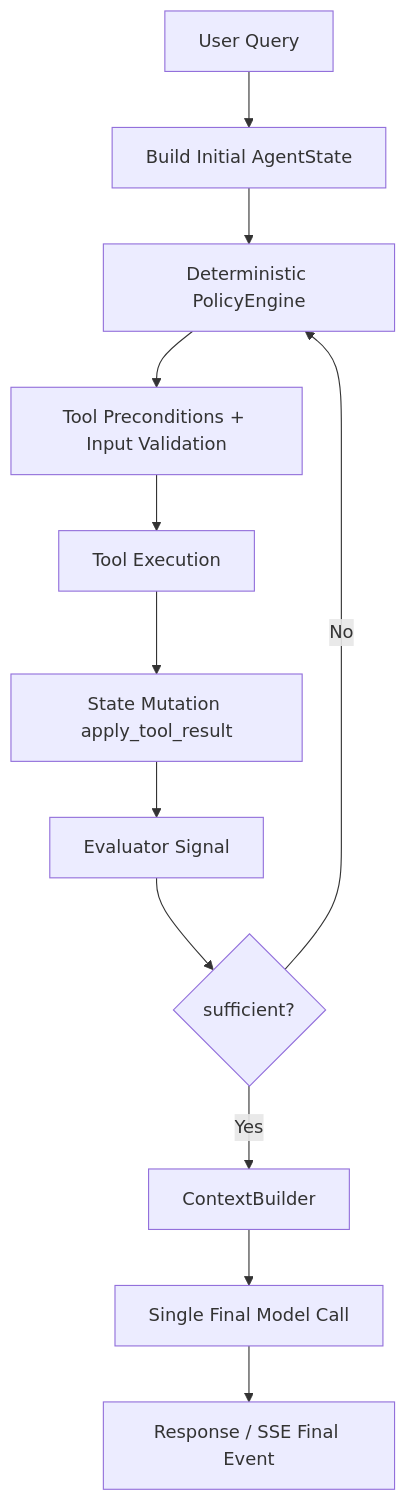
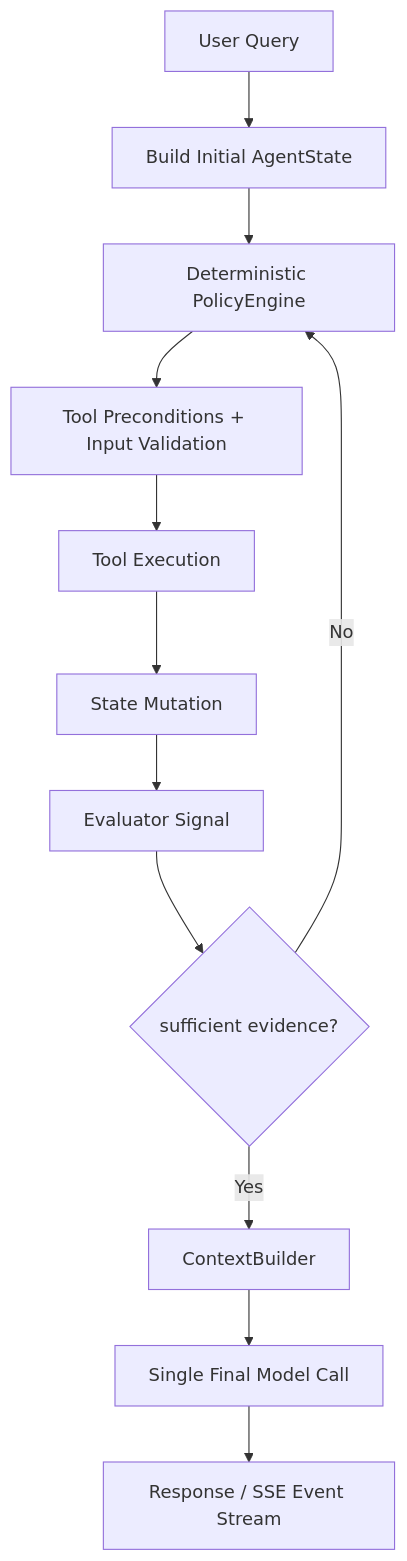
Before and after one commit to WilhelmBuitrago/matprop-ml: the diagram in agent_core/DOCUMENTATION_AGENT_CORE.md, drawn with Mermaid. The commit also changed other lines of this file and 86 other files, not shown here.

````diff
--- a/agent_core/DOCUMENTATION_AGENT_CORE.md
+++ b/agent_core/DOCUMENTATION_AGENT_CORE.md
@@ -15,14 +32,14 @@
 ```mermaid
 flowchart TD
     A[User Query] --> B[Build Initial AgentState]
     B --> C[Deterministic PolicyEngine]
     C --> D[Tool Preconditions + Input Validation]
     D --> E[Tool Execution]
-    E --> F[State Mutation apply_tool_result]
+    E --> F[State Mutation]
     F --> G[Evaluator Signal]
-    G --> H{sufficient?}
+    G --> H{sufficient evidence?}
     H -- No --> C
     H -- Yes --> I[ContextBuilder]
     I --> J[Single Final Model Call]
-    J --> K[Response / SSE Final Event]
+    J --> K[Response / SSE Event Stream]
 ```
````
